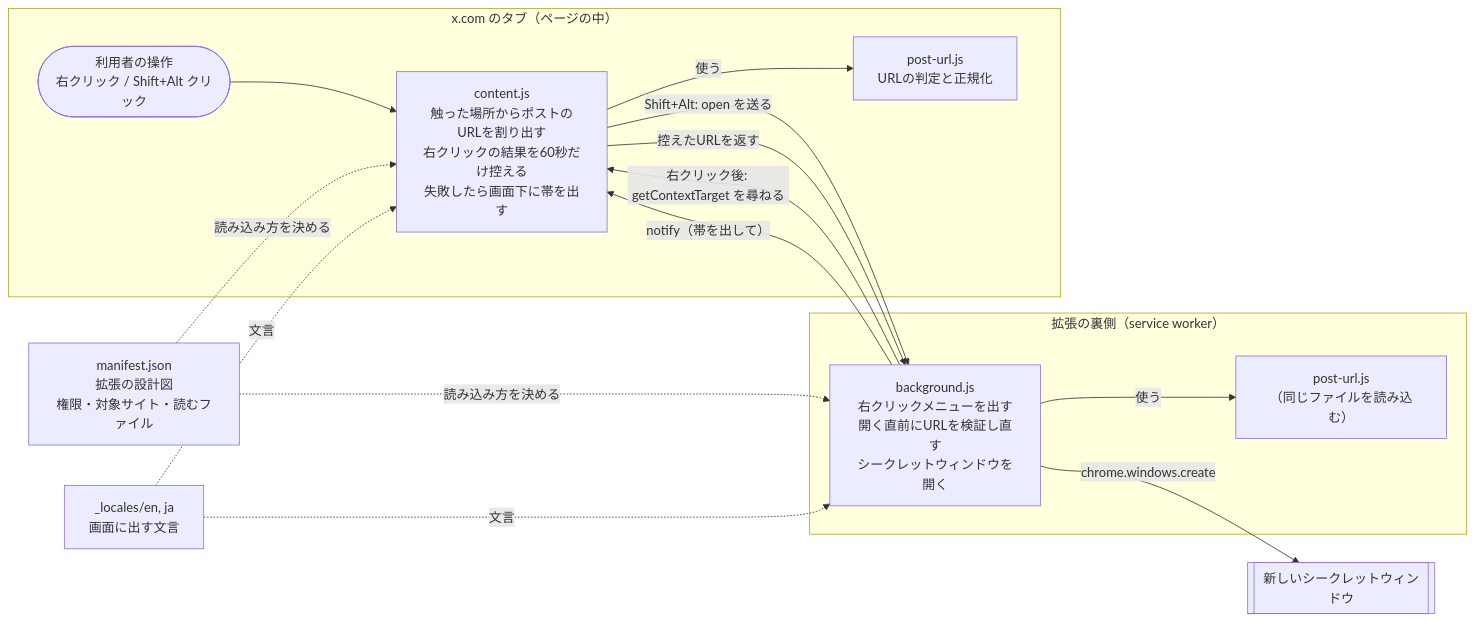
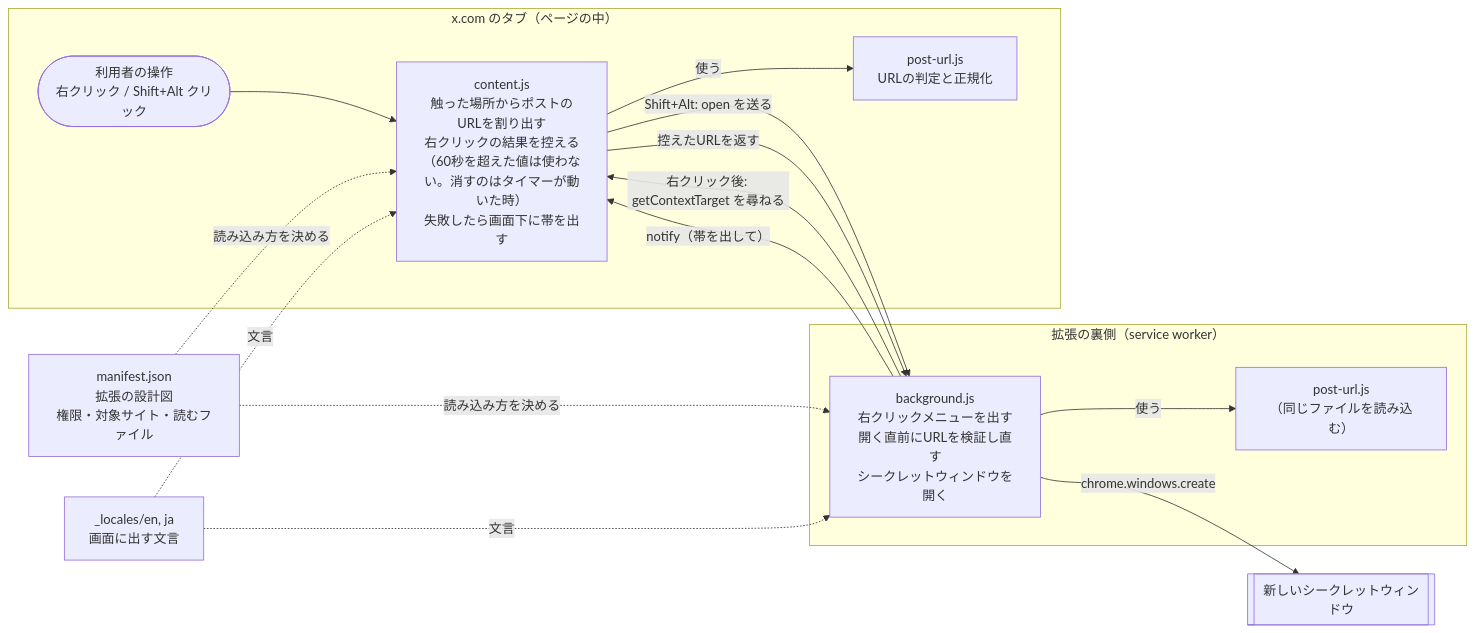
One commit to Driedsandwich/postcloak changed the first of 3 diagrams in docs/ARCHITECTURE.md. Above: the diagram before and after it, drawn with Mermaid. The commit also changed other lines of this file and 1 other file, not shown here.

Commit message:
解説書の控えの60秒の書き方を PRIVACY.md に合わせ、用語集のワイルドカードの説明をスキームとホストに限った
Claude-Session: https://claude.ai/code/session_019LWX39GfhRvcX2wNjySKMy

````diff
--- a/docs/ARCHITECTURE.md
+++ b/docs/ARCHITECTURE.md
@@ -31,30 +31,30 @@
 ```mermaid
 flowchart LR
   subgraph PAGE["x.com のタブ（ページの中）"]
     USER(["利用者の操作<br/>右クリック / Shift+Alt クリック"])
-    CS["content.js<br/>触った場所からポストのURLを割り出す<br/>右クリックの結果を60秒だけ控える<br/>失敗したら画面下に帯を出す"]
+    CS["content.js<br/>触った場所からポストのURLを割り出す<br/>右クリックの結果を控える<br/>（60秒を超えた値は使わない。消すのはタイマーが動いた時）<br/>失敗したら画面下に帯を出す"]
     PU1["post-url.js<br/>URLの判定と正規化"]
   end
 
   subgraph SW["拡張の裏側（service worker）"]
     BG["background.js<br/>右クリックメニューを出す<br/>開く直前にURLを検証し直す<br/>シークレットウィンドウを開く"]
     PU2["post-url.js<br/>（同じファイルを読み込む）"]
   end
 
   MAN["manifest.json<br/>拡張の設計図<br/>権限・対象サイト・読むファイル"]
   LOC["_locales/en, ja<br/>画面に出す文言"]
   INC[["新しいシークレットウィンドウ"]]
 
   USER --> CS
   CS -- "使う" --> PU1
   BG -- "使う" --> PU2
   CS -- "Shift+Alt: open を送る" --> BG
   BG -- "右クリック後: getContextTarget を尋ねる" --> CS
   CS -- "控えたURLを返す" --> BG
   BG -- "notify（帯を出して）" --> CS
   BG -- "chrome.windows.create" --> INC
   MAN -. "読み込み方を決める" .-> CS
   MAN -. "読み込み方を決める" .-> BG
   LOC -. "文言" .-> CS
   LOC -. "文言" .-> BG
 ```
````
